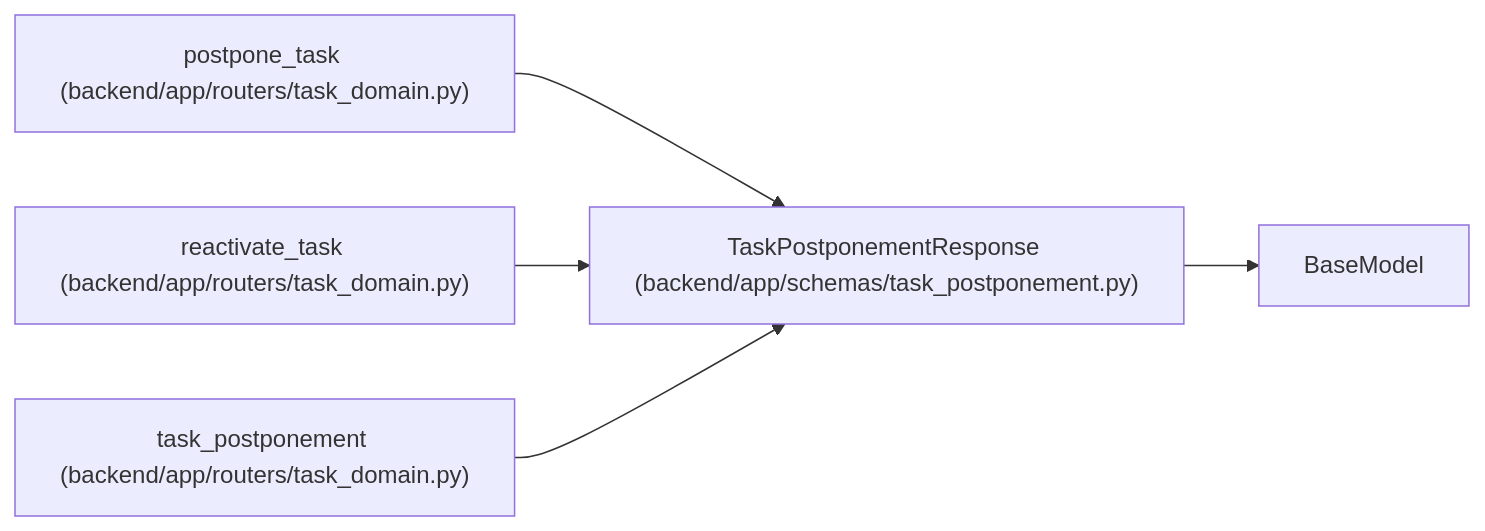
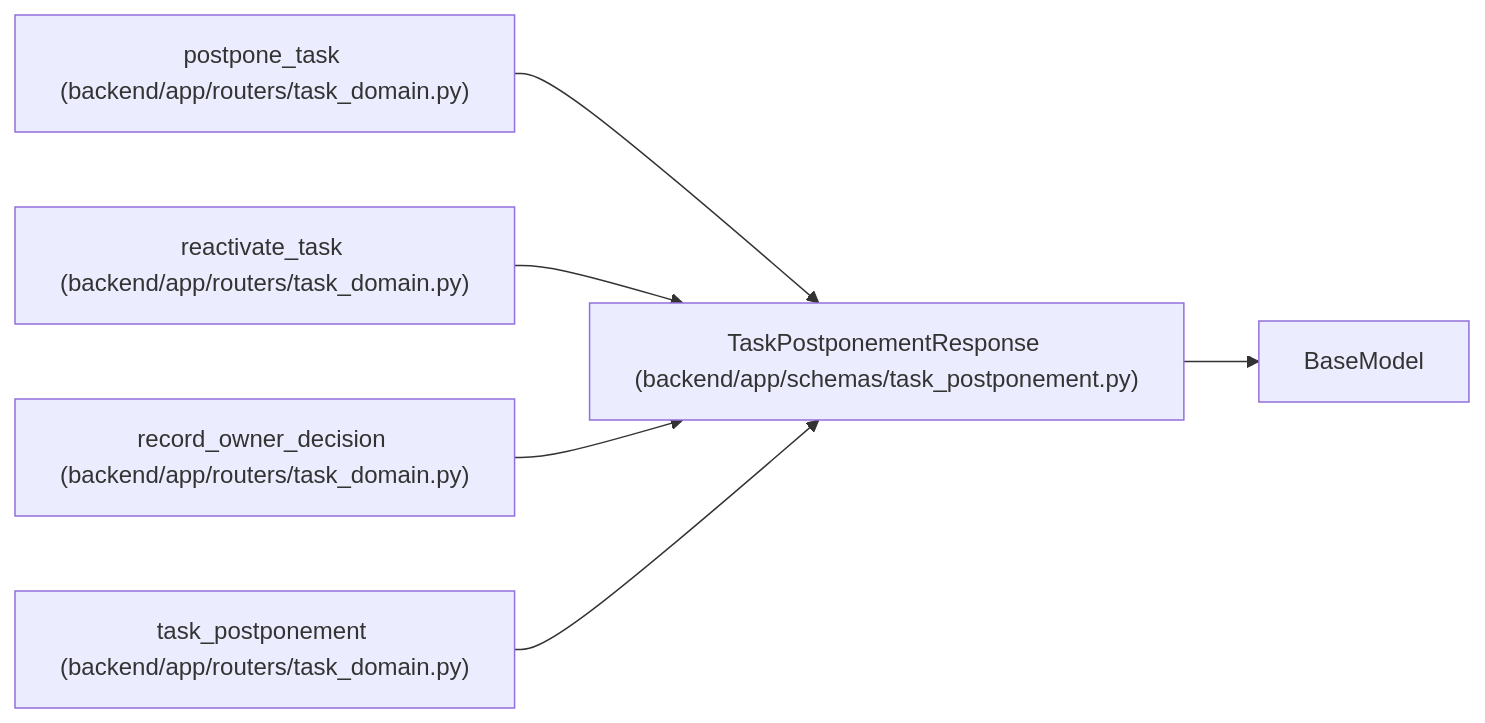
The diagram in docs/llm_wiki/entities/TaskPostponementResponse.md (Denissvgn/WorkChord), drawn with Mermaid before and after one commit. The commit also changed other lines of this file and 873 other files, not shown here.

Commit message:
Sync the architectural wiki for automatic reactivation of postponed tasks

````diff
--- a/docs/llm_wiki/entities/TaskPostponementResponse.md
+++ b/docs/llm_wiki/entities/TaskPostponementResponse.md
@@ -26,16 +26,19 @@
 ```mermaid
 flowchart LR
     n0["TaskPostponementResponse (backend/app/schemas/task_postponement.py)"]
     n1["BaseModel"]
     n2["postpone_task (backend/app/routers/task_domain.py)"]
     n3["reactivate_task (backend/app/routers/task_domain.py)"]
-    n4["task_postponement (backend/app/routers/task_domain.py)"]
+    n4["record_owner_decision (backend/app/routers/task_domain.py)"]
+    n5["task_postponement (backend/app/routers/task_domain.py)"]
     n0 --> n1
     n2 --> n0
     n3 --> n0
     n4 --> n0
+    n5 --> n0
     click n0 "../modules/schemas_task_postponement.md"
     click n2 "../modules/routers_task_domain.md"
     click n3 "../modules/routers_task_domain.md"
     click n4 "../modules/routers_task_domain.md"
+    click n5 "../modules/routers_task_domain.md"
 ```
````
